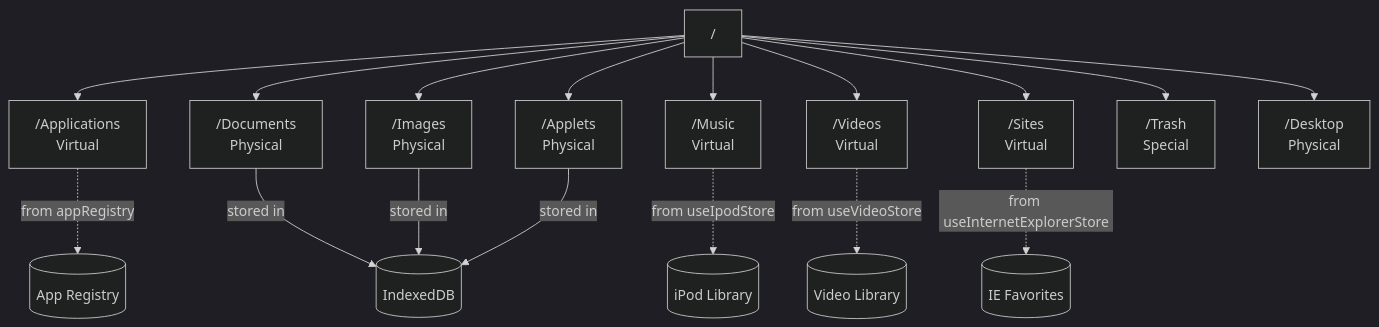
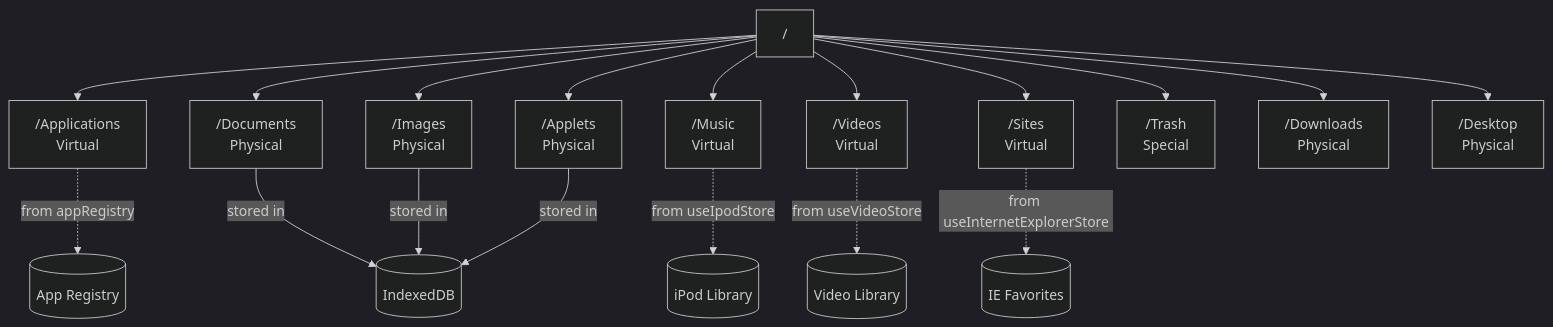
Before and after one commit to ryokun6/ryos: the second of 2 diagrams in docs/5-file-system.md, drawn with Mermaid (dark theme). The commit also changed other lines of this file and 24 other files, not shown here.

````diff
--- a/docs/5-file-system.md
+++ b/docs/5-file-system.md
@@ -66,21 +67,22 @@
 ```mermaid
 graph TD
     Root["/"] --> Apps["/Applications<br/>Virtual"]
     Root --> Docs["/Documents<br/>Physical"]
     Root --> Imgs["/Images<br/>Physical"]
     Root --> Music["/Music<br/>Virtual"]
     Root --> Videos["/Videos<br/>Virtual"]
     Root --> Sites["/Sites<br/>Virtual"]
     Root --> Applets["/Applets<br/>Physical"]
     Root --> Trash["/Trash<br/>Special"]
+    Root --> Downloads["/Downloads<br/>Physical"]
     Root --> Desktop["/Desktop<br/>Physical"]
     
     Apps -.->|"from appRegistry"| AppReg[(App Registry)]
     Music -.->|"from useIpodStore"| iPod[(iPod Library)]
     Videos -.->|"from useVideoStore"| VidLib[(Video Library)]
     Sites -.->|"from useInternetExplorerStore"| IEFav[(IE Favorites)]
     
     Docs -->|"stored in"| IDB[(IndexedDB)]
     Imgs -->|"stored in"| IDB
     Applets -->|"stored in"| IDB
 ```
````
